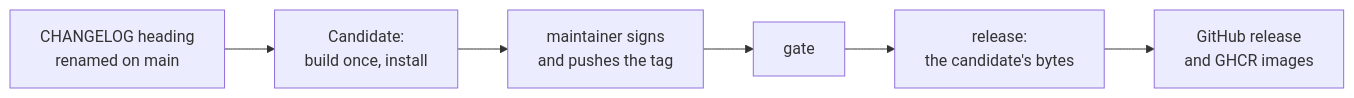
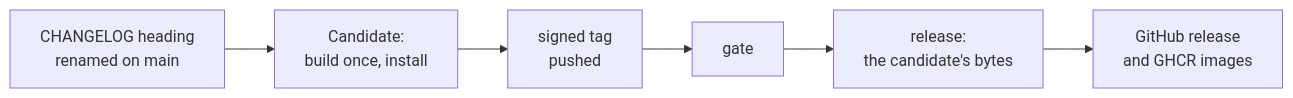
One commit to truvity/sluis changed the diagram in docs/distribution/packages.md. Above: the diagram before and after it, drawn with Mermaid. The commit also changed other lines of this file and 154 other files, not shown here.

````diff
--- a/docs/distribution/packages.md
+++ b/docs/distribution/packages.md
@@ -280,8 +223,8 @@
 ```mermaid
 flowchart LR
   cl["CHANGELOG heading<br/>renamed on main"] --> cand["Candidate:<br/>build once, install"]
-  cand --> tag["maintainer signs<br/>and pushes the tag"]
+  cand --> tag["signed tag<br/>pushed"]
   tag --> gate["gate"]
   gate --> rel["release:<br/>the candidate's bytes"]
   rel --> pub["GitHub release<br/>and GHCR images"]
 ```
````
